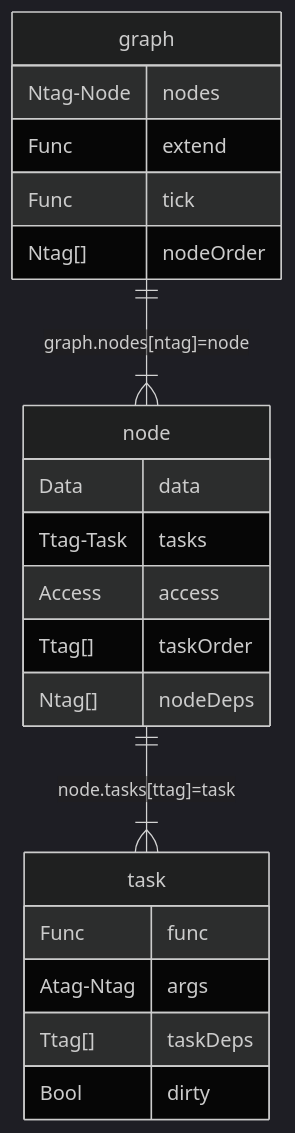
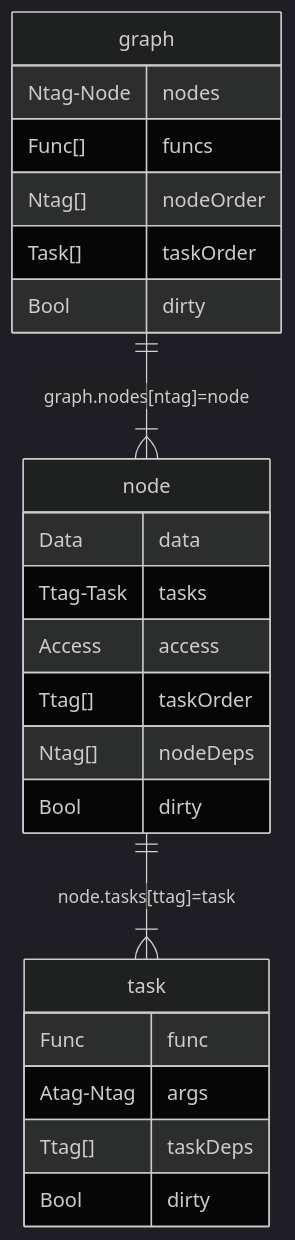
One commit to ShilianShen/SoftDep changed the diagram in docs/erdiagram.lua.md. Above: the diagram before and after it, drawn with Mermaid (dark theme). The commit also changed 1 other file, not shown here.

Commit message:
Refactor: update graph structure and enhance node management with new loading functionality

````diff
--- a/docs/erdiagram.lua.md
+++ b/docs/erdiagram.lua.md
@@ -1,25 +1,27 @@
 ```mermaid
 erDiagram
     graph {
         Ntag-Node nodes
-        Func extend
-        Func tick
+        Func[] funcs
         Ntag[] nodeOrder
+        Task[] taskOrder
+        Bool dirty
     }
     node {
         Data data
         Ttag-Task tasks
         Access access
         Ttag[] taskOrder
         Ntag[] nodeDeps
+        Bool dirty
     }
     task {
         Func func
         Atag-Ntag args
         Ttag[] taskDeps
         Bool dirty
     }
 
     graph ||--|{ node : "graph.nodes[ntag]=node"
     node ||--|{ task : "node.tasks[ttag]=task"
 ```
````
